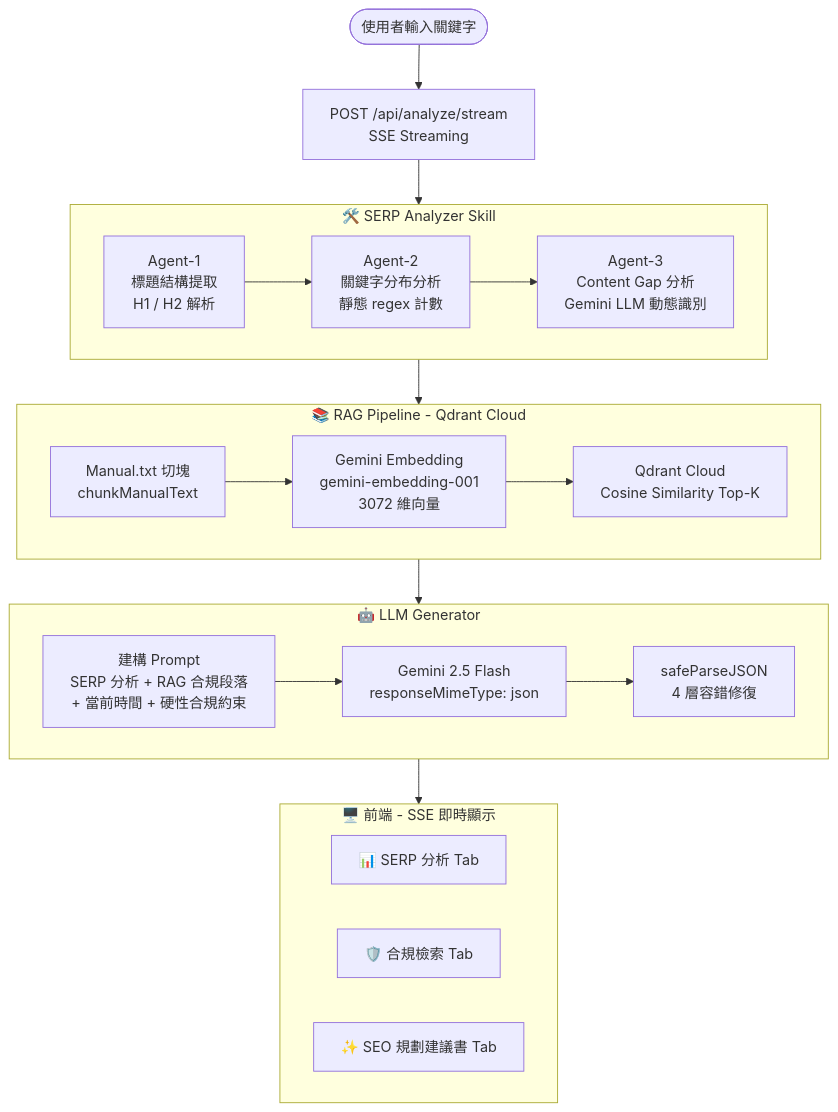
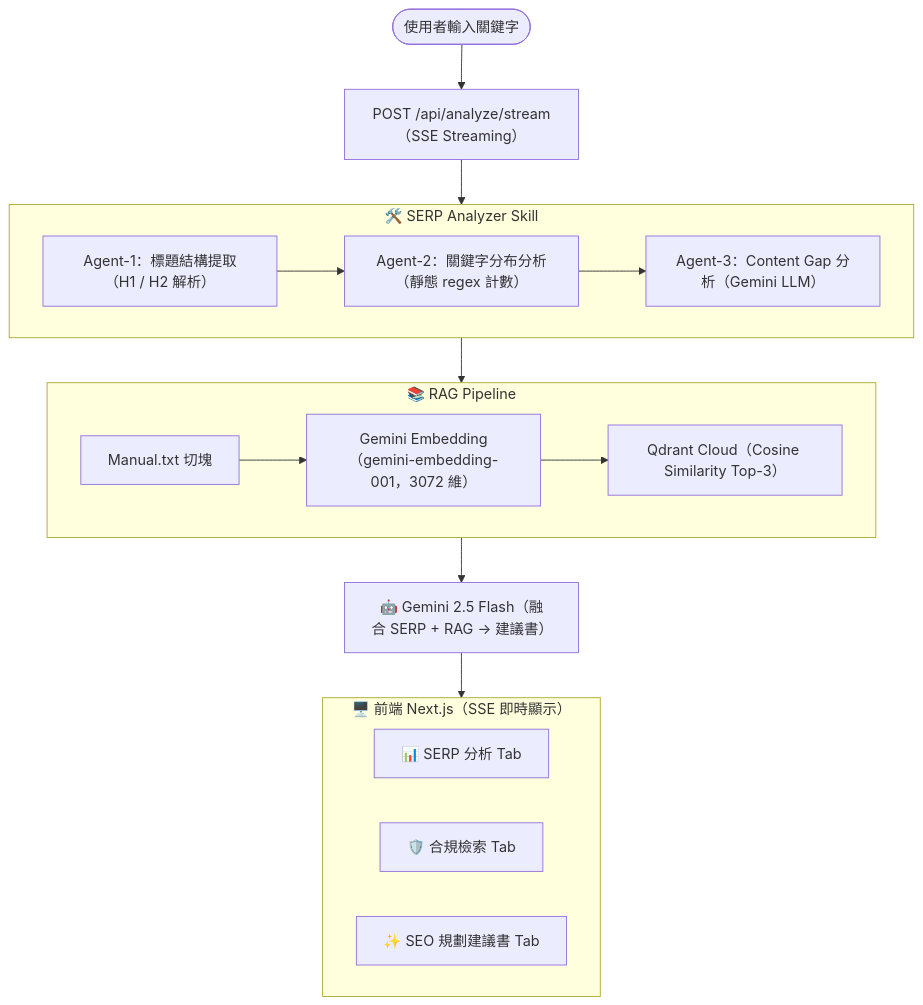
Before and after one commit to angushyx/seo-IV: the diagram in README.md, drawn with Mermaid.

Commit message:
docs: Update project documentation.

````diff
--- a/README.md
+++ b/README.md
@@ -9,39 +9,32 @@
 ```mermaid
 flowchart TD
-    U([使用者輸入關鍵字]) --> API[POST /api/analyze/stream\nSSE Streaming]
+    U([使用者輸入關鍵字]) --> API["POST /api/analyze/stream（SSE Streaming）"]
 
-    API --> SKILL[SERP Analyzer Skill]
+    API --> SKILL
 
-    subgraph SKILL[🛠️ SERP Analyzer Skill]
-        A1[Agent-1\n標題結構提取\nH1 / H2 解析] 
-        A2[Agent-2\n關鍵字分布分析\n靜態 regex 計數]
-        A3[Agent-3\nContent Gap 分析\nGemini LLM 動態識別]
+    subgraph SKILL["🛠️ SERP Analyzer Skill"]
+        A1["Agent-1：標題結構提取（H1 / H2 解析）"]
+        A2["Agent-2：關鍵字分布分析（靜態 regex 計數）"]
+        A3["Agent-3：Content Gap 分析（Gemini LLM）"]
         A1 --> A2 --> A3
     end
 
-    SKILL --> RAG[RAG Pipeline]
+    SKILL --> RAG
 
-    subgraph RAG[📚 RAG Pipeline - Qdrant Cloud]
-        R1[Manual.txt 切塊\nchunkManualText]
-        R2[Gemini Embedding\ngemini-embedding-001\n3072 維向量]
-        R3[Qdrant Cloud\nCosine Similarity Top-K]
+    subgraph RAG["📚 RAG Pipeline"]
+        R1["Manual.txt 切塊"]
+        R2["Gemini Embedding（gemini-embedding-001，3072 維）"]
+        R3["Qdrant Cloud（Cosine Similarity Top-3）"]
         R1 --> R2 --> R3
     end
 
-    RAG --> LLM[LLM Generator]
+    RAG --> LLM["🤖 Gemini 2.5 Flash（融合 SERP + RAG → 建議書）"]
 
-    subgraph LLM[🤖 LLM Generator]
-        L1[建構 Prompt\nSERP 分析 + RAG 合規段落\n+ 當前時間 + 硬性合規約束]
-        L2[Gemini 2.5 Flash\nresponseMimeType: json]
-        L3[safeParseJSON\n4 層容錯修復]
-        L1 --> L2 --> L3
-    end
+    LLM --> FE
 
-    LLM --> FE[前端 Next.js]
-
-    subgraph FE[🖥️ 前端 - SSE 即時顯示]
-        T1[📊 SERP 分析 Tab]
-        T2[🛡️ 合規檢索 Tab]
-        T3[✨ SEO 規劃建議書 Tab]
+    subgraph FE["🖥️ 前端 Next.js（SSE 即時顯示）"]
+        T1["📊 SERP 分析 Tab"]
+        T2["🛡️ 合規檢索 Tab"]
+        T3["✨ SEO 規劃建議書 Tab"]
     end
 ```
````
